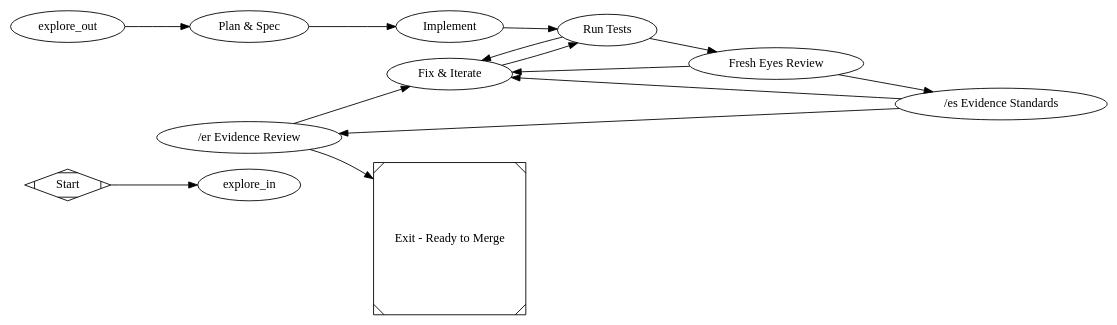
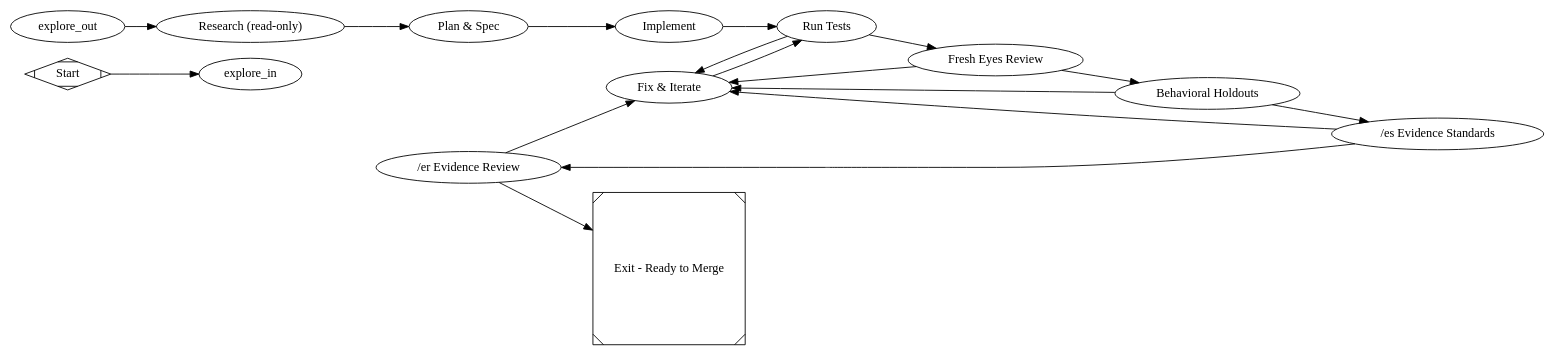
The diagram in pipelines/slim/minimal_pr.dot (jleechanorg/dark-factory), drawn with Graphviz before and after one commit. The commit also changed 10 other files, not shown here.

First line of the commit message:
feat(pipelines): research node + holdout-always policy (minimal_pr, bug_fix, pr_gates)

```diff
--- a/pipelines/slim/minimal_pr.dot
+++ b/pipelines/slim/minimal_pr.dot
@@ -1,87 +1,109 @@
 digraph MinimalPRFactory {
   graph [
     include="@pipelines/_base.dot",
     goal="Iterate on an in-flight PR: passes tests, review, and evidence gates"
     rankdir=LR
     model_stylesheet="minimal_feature.model.css"
   ]
 
   start [shape=Mdiamond, label="Start"]
   exit  [shape=Msquare, label="Exit - Ready to Merge"]
 
   // _base.dot provides: explore_in, explore_fanout, explore_{concept,auth,
   // reuse,risks}, explore_join, explore_out.
+
+  // Research rides the coder backend (no class → run-level --backend),
+  // read-only: digests explore findings into .dark-factory/research-findings.md
+  // before the heavier plan model runs.
+  research [
+    type="codergen",
+    label="Research (read-only)",
+    prompt="@prompts/slim/research.md"
+  ]
 
   plan [
     type="codergen",
     label="Plan & Spec",
     class="plan",
     prompt="@prompts/slim/plan.md"
   ]
 
   implement [
     type="codergen",
     label="Implement",
     class="implement",
     prompt="@prompts/slim/implement.md",
     max_retries=2
   ]
 
   test [
     type="tool",
     label="Run Tests",
     command="${state.slim.test_command}",
     validation=true,
     goal_gate=true,
     timeout=600,
     retry_target="fix"
   ]
 
   review [
     type="codergen",
     label="Fresh Eyes Review",
     class="review",
     prompt="@prompts/slim/review.md",
     goal_gate=true,
     retry_target="fix"
   ]
 
+  holdout [
+    type="holdout_eval",
+    label="Behavioral Holdouts",
+    validation=true,
+    goal_gate=true,
+    timeout=600,
+    retry_target="fix"
+  ]
+
   gate_es [
     type="gate_es",
     label="/es Evidence Standards",
     timeout=600
   ]
 
   gate_er [
     type="gate_er",
     label="/er Evidence Review",
     timeout=600
   ]
 
   fix [
     type="codergen",
     label="Fix & Iterate",
     class="fix",
     prompt="@prompts/slim/fix.md",
     max_retries=2
   ]
 
   start -> explore_in
-  explore_out -> plan
+  explore_out -> research
+  research -> plan
   plan -> implement
   implement -> test
 
   test -> review [condition="outcome=success"]
   test -> fix [condition="outcome!=success"]
 
-  review -> gate_es [condition="outcome=success"]
+  review -> holdout [condition="outcome=success"]
   review -> fix [condition="outcome!=success"]
+
+  holdout -> gate_es [condition="outcome=success"]
+  holdout -> fix [condition="outcome!=success"]
 
   gate_es -> gate_er [condition="outcome=success"]
   gate_es -> fix [condition="outcome!=success"]
 
   gate_er -> exit [condition="outcome=success"]
   gate_er -> fix [condition="outcome!=success"]
 
   fix -> test
 }
```
